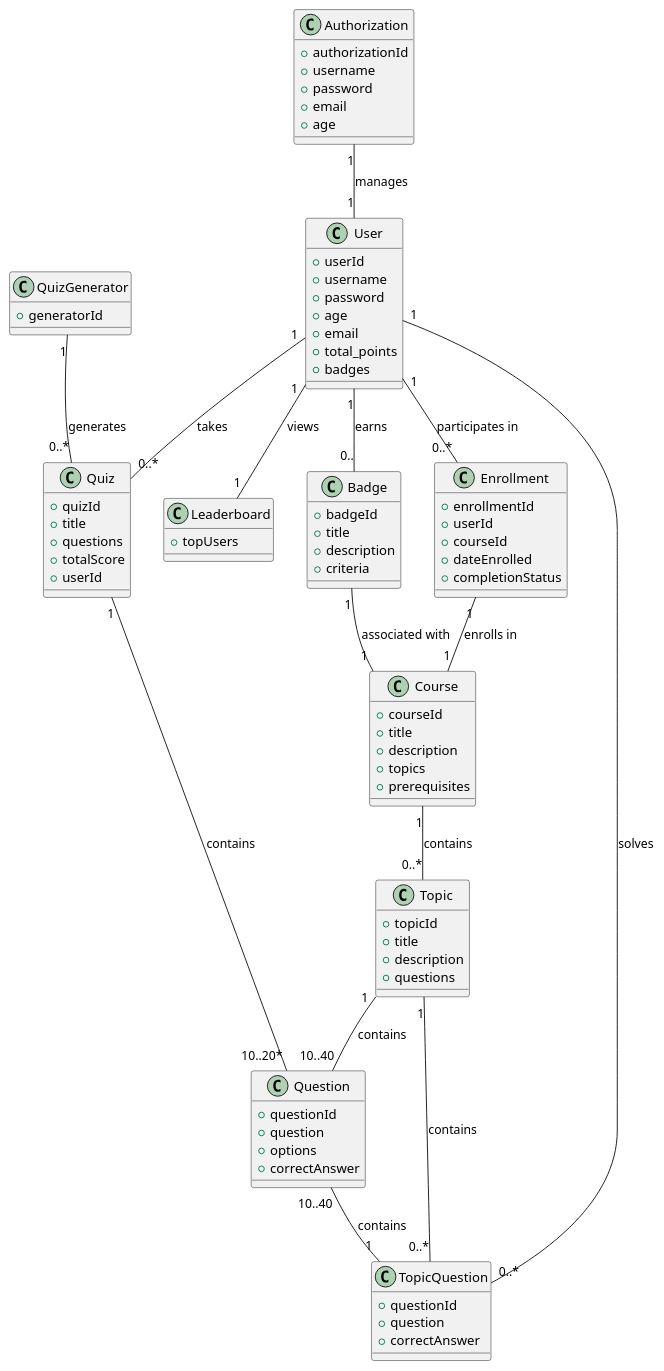
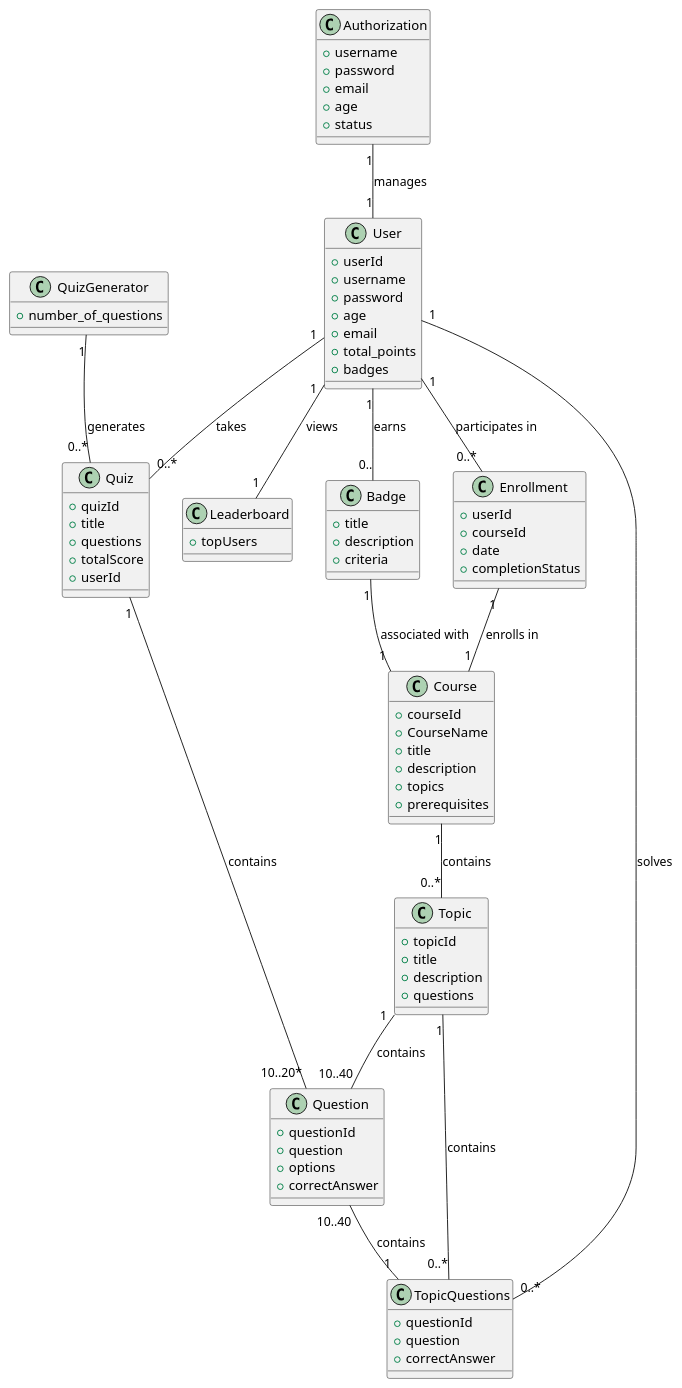
Before and after one commit to Noureqo1/Banana-brain-learning: the diagram in documentation/domain_model.puml, drawn with PlantUML. The commit also changed 2 other files, not shown here.

Commit message:
making 2 sequence diagrams for 2 use case scenarios and editing domain model

```diff
--- a/documentation/domain_model.puml
+++ b/documentation/domain_model.puml
@@ -1,95 +1,93 @@
 @startuml
-
-class User {
+class User
+{
     +userId
     +username
     +password
     +age
     +email
     +total_points
     +badges
 }
-
-class Course {
+class Course
+{
     +courseId
+    +CourseName
     +title
     +description
     +topics
     +prerequisites
 }
-
-class Topic {
+class Topic
+{
     +topicId
     +title
     +description
     +questions
 }
-
-class Question {
+class Question
+{
     +questionId
     +question
     +options
     +correctAnswer
 }
-
-class Quiz {
+class Quiz
+{
     +quizId
     +title
     +questions
     +totalScore
     +userId
 }
-
-class Leaderboard {
+class Leaderboard
+{
     +topUsers
 }
 
-class Badge {
-    +badgeId
+class Badge
+{
     +title
     +description
     +criteria
 }
-
-class Enrollment {
-    +enrollmentId
+class Enrollment
+{
     +userId
     +courseId
-    +dateEnrolled
+    +date
     +completionStatus
 }
-
-class TopicQuestion {
+class TopicQuestions
+{
     +questionId
     +question
     +correctAnswer
 }
-
-class Authorization {
-    +authorizationId
+class Authorization
+{
     +username
     +password
     +email
     +age
+    +status
 }
-
-class QuizGenerator {
-    +generatorId
+class QuizGenerator
+{
+    +number_of_questions
 }
-
-' Relationships
 User "1" -- "0..*" Enrollment : participates in
 User "1" -- "1" Leaderboard : views
 Enrollment "1" -- "1" Course : enrolls in
 Course "1" -- "0..*" Topic : contains
 Topic "1" -- "10..40" Question : contains
 User "1" -- "0..*" Quiz : takes
 Quiz "1" -- "10..20*" Question : contains
 User "1" -- "0.." Badge : earns
 Authorization "1" -- "1" User : manages
 QuizGenerator "1" -- "0..*" Quiz : generates
-Topic "1" -- "0..*" TopicQuestion : contains
+Topic "1" -- "0..*" TopicQuestions : contains
 Badge "1" -- "1" Course : associated with
-User "1" -- "0..*" TopicQuestion : solves
-Question "10..40" -- "1" TopicQuestion : contains
+User "1" -- "0..*" TopicQuestions : solves
+Question "10..40" -- "1" TopicQuestions : contains
 @enduml
```
